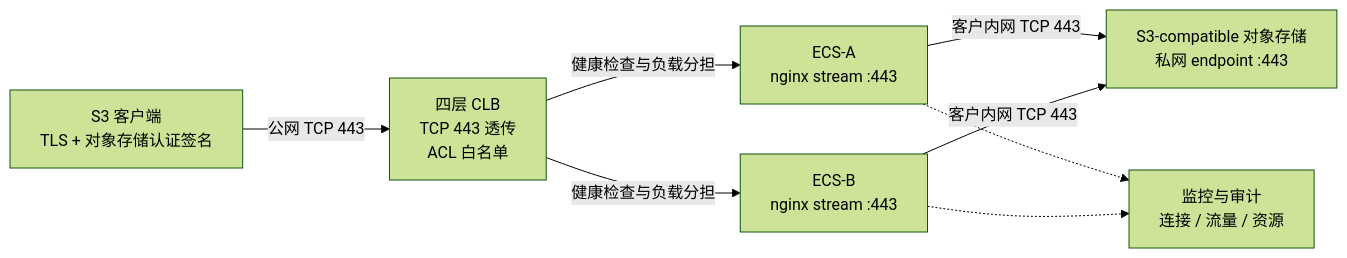
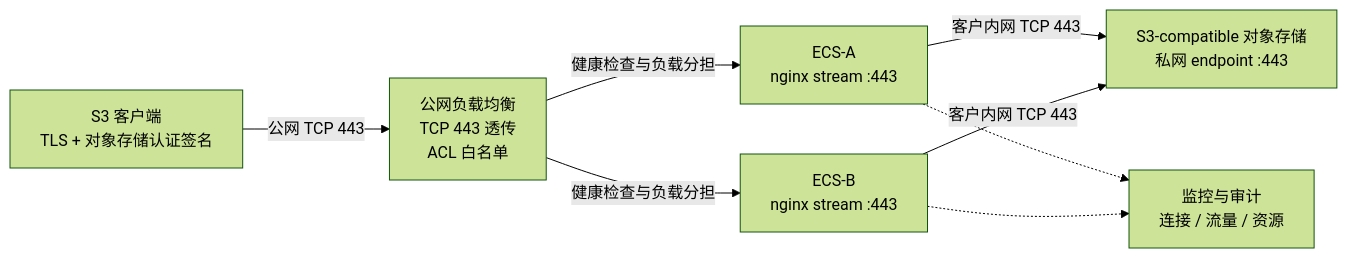
One commit to scott987-cmd/s3-l4-proxy changed the diagram in docs/DESIGN.zh-CN.md. Above: the diagram before and after it, drawn with Mermaid (forest theme). The commit also changed other lines of this file and 16 other files, not shown here.

````diff
--- a/docs/DESIGN.zh-CN.md
+++ b/docs/DESIGN.zh-CN.md
@@ -9,16 +9,16 @@
 ```mermaid
 flowchart LR
     F[S3 客户端<br>TLS + 对象存储认证签名]
-    C[四层 CLB<br>TCP 443 透传<br>ACL 白名单]
+    C[公网负载均衡<br>TCP 443 透传<br>ACL 白名单]
     N1[ECS-A<br>nginx stream :443]
     N2[ECS-B<br>nginx stream :443]
     S[S3-compatible 对象存储<br>私网 endpoint :443]
     O[监控与审计<br>连接 / 流量 / 资源]
     F -->|公网 TCP 443| C
     C -->|健康检查与负载分担| N1
     C -->|健康检查与负载分担| N2
     N1 -->|客户内网 TCP 443| S
     N2 -->|客户内网 TCP 443| S
     N1 -.-> O
     N2 -.-> O
 ```
````
